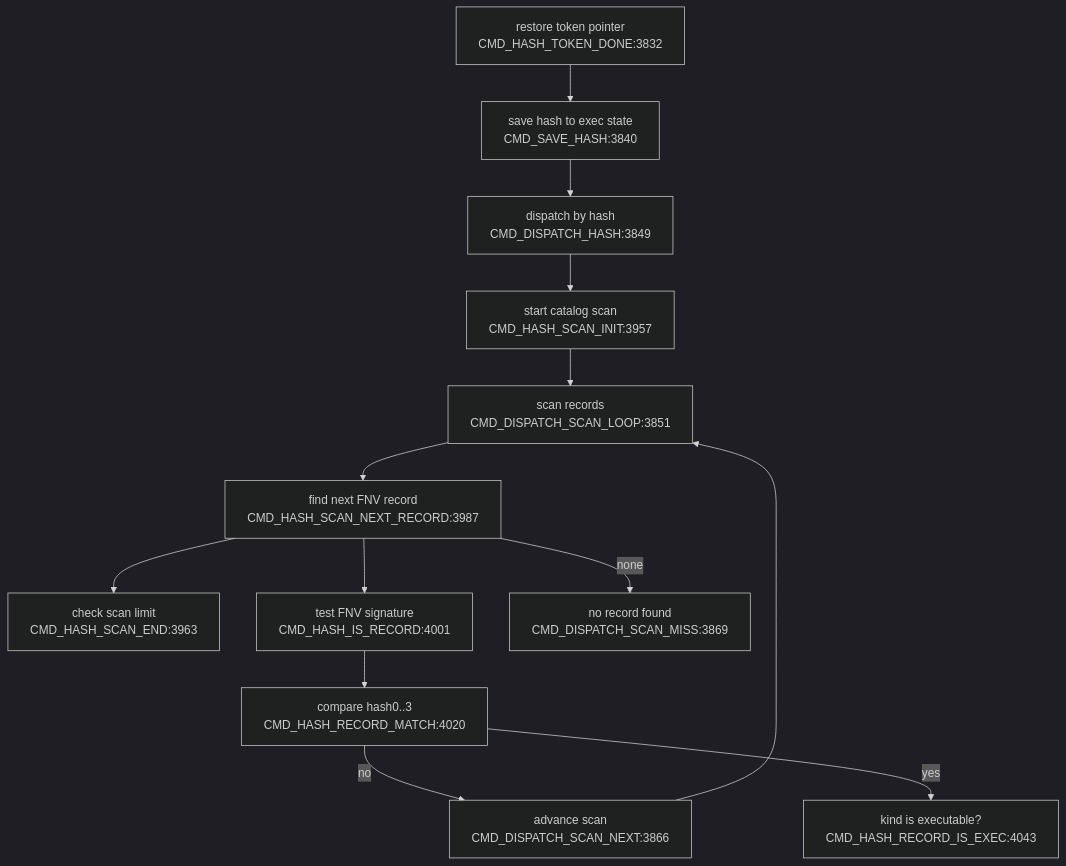
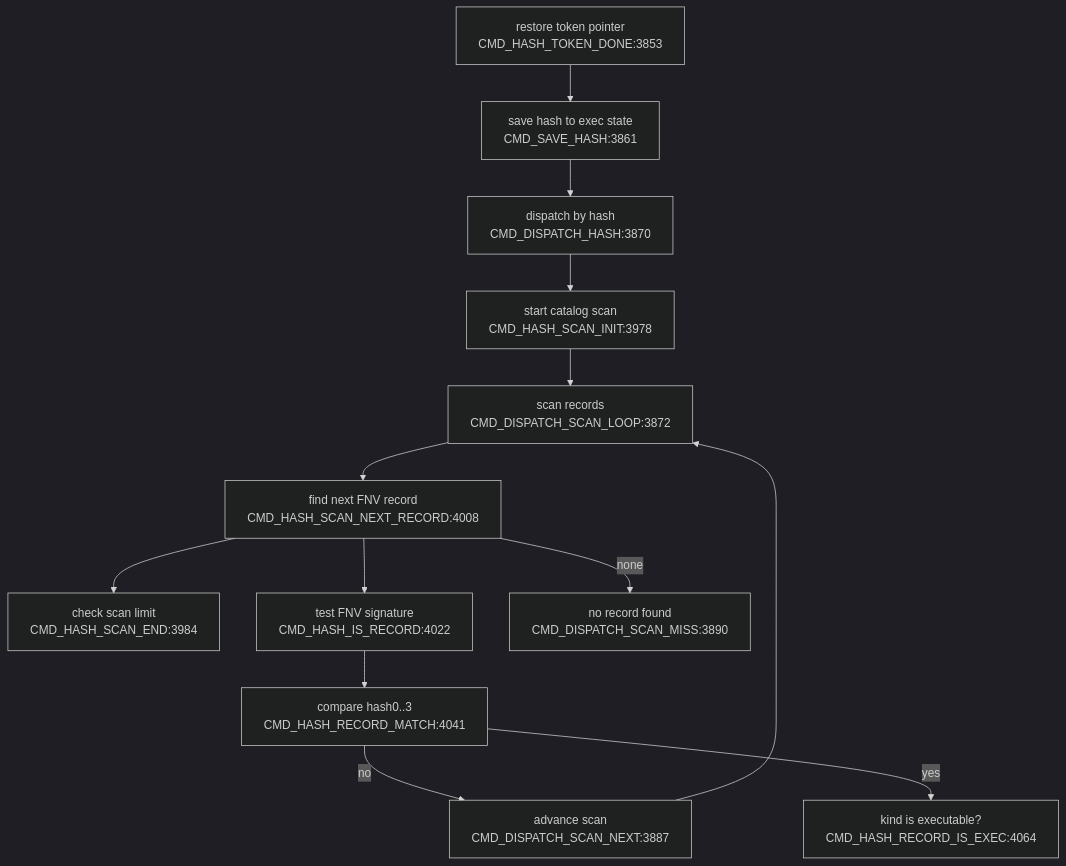
The third of 4 diagrams in DOC/GENERATED/CMD_FLOW_MAP.md (95westus/R-YORS), drawn with Mermaid (dark theme) before and after one commit. The commit also changed other lines of this file and 42 other files, not shown here.

````diff
--- a/DOC/GENERATED/CMD_FLOW_MAP.md
+++ b/DOC/GENERATED/CMD_FLOW_MAP.md
@@ -40,15 +40,15 @@
 ```mermaid
 flowchart TD
-    DONE["restore token pointer<br/>CMD_HASH_TOKEN_DONE:3832"] --> SAVEHASH["save hash to exec state<br/>CMD_SAVE_HASH:3840"]
-    SAVEHASH --> DISPATCH["dispatch by hash<br/>CMD_DISPATCH_HASH:3849"]
-    DISPATCH --> SCANINIT["start catalog scan<br/>CMD_HASH_SCAN_INIT:3957"]
-    SCANINIT --> SCANLOOP["scan records<br/>CMD_DISPATCH_SCAN_LOOP:3851"]
-    SCANLOOP --> NEXTREC["find next FNV record<br/>CMD_HASH_SCAN_NEXT_RECORD:3987"]
-    NEXTREC --> ENDCHK["check scan limit<br/>CMD_HASH_SCAN_END:3963"]
-    NEXTREC --> ISREC["test FNV signature<br/>CMD_HASH_IS_RECORD:4001"]
-    NEXTREC -->|none| MISS["no record found<br/>CMD_DISPATCH_SCAN_MISS:3869"]
-    ISREC --> MATCH["compare hash0..3<br/>CMD_HASH_RECORD_MATCH:4020"]
-    MATCH -->|no| ADV["advance scan<br/>CMD_DISPATCH_SCAN_NEXT:3866"]
+    DONE["restore token pointer<br/>CMD_HASH_TOKEN_DONE:3853"] --> SAVEHASH["save hash to exec state<br/>CMD_SAVE_HASH:3861"]
+    SAVEHASH --> DISPATCH["dispatch by hash<br/>CMD_DISPATCH_HASH:3870"]
+    DISPATCH --> SCANINIT["start catalog scan<br/>CMD_HASH_SCAN_INIT:3978"]
+    SCANINIT --> SCANLOOP["scan records<br/>CMD_DISPATCH_SCAN_LOOP:3872"]
+    SCANLOOP --> NEXTREC["find next FNV record<br/>CMD_HASH_SCAN_NEXT_RECORD:4008"]
+    NEXTREC --> ENDCHK["check scan limit<br/>CMD_HASH_SCAN_END:3984"]
+    NEXTREC --> ISREC["test FNV signature<br/>CMD_HASH_IS_RECORD:4022"]
+    NEXTREC -->|none| MISS["no record found<br/>CMD_DISPATCH_SCAN_MISS:3890"]
+    ISREC --> MATCH["compare hash0..3<br/>CMD_HASH_RECORD_MATCH:4041"]
+    MATCH -->|no| ADV["advance scan<br/>CMD_DISPATCH_SCAN_NEXT:3887"]
     ADV --> SCANLOOP
-    MATCH -->|yes| EXECOK["kind is executable?<br/>CMD_HASH_RECORD_IS_EXEC:4043"]
+    MATCH -->|yes| EXECOK["kind is executable?<br/>CMD_HASH_RECORD_IS_EXEC:4064"]
 ```
````
